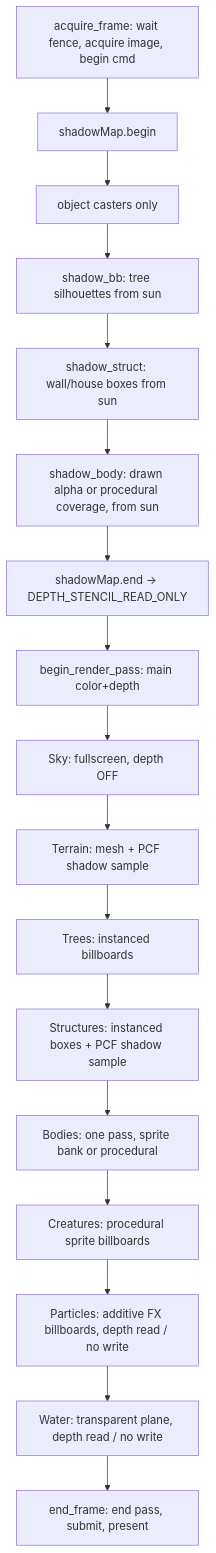
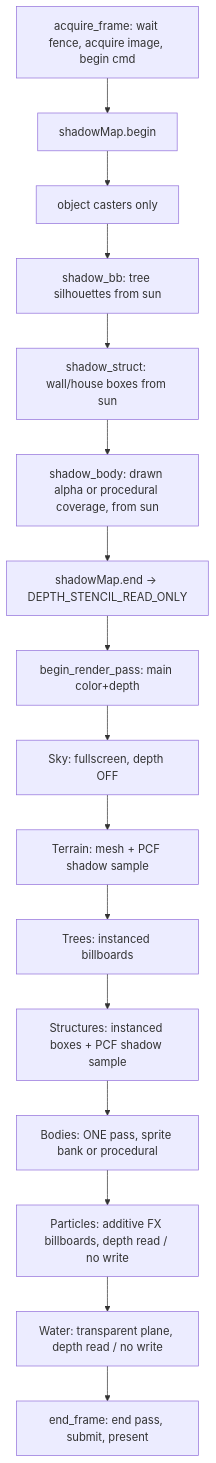
One commit to Jirnyak/Timaert changed the diagram in render.md. Above: the diagram before and after it, drawn with Mermaid. The commit also changed other lines of this file and 22 other files, not shown here.

````diff
--- a/render.md
+++ b/render.md
@@ -28,19 +28,18 @@
 ```mermaid
 flowchart TD
     A[acquire_frame: wait fence, acquire image, begin cmd] --> B[shadowMap.begin]
     B --> C[object casters only]
     C --> D[shadow_bb: tree silhouettes from sun]
     D --> Ds[shadow_struct: wall/house boxes from sun]
     Ds --> Dn[shadow_body: drawn alpha or procedural coverage, from sun]
     Dn --> E[shadowMap.end -> DEPTH_STENCIL_READ_ONLY]
     E --> F[begin_render_pass: main color+depth]
     F --> G[Sky: fullscreen, depth OFF]
     G --> H[Terrain: mesh + PCF shadow sample]
     H --> I[Trees: instanced billboards]
     I --> Is[Structures: instanced boxes + PCF shadow sample]
-    Is --> In[Bodies: one pass, sprite bank or procedural]
-    In --> Ic[Creatures: procedural sprite billboards]
-    Ic --> Ip[Particles: additive FX billboards, depth read / no write]
+    Is --> In[Bodies: ONE pass, sprite bank or procedural]
+    In --> Ip[Particles: additive FX billboards, depth read / no write]
     Ip --> J[Water: transparent plane, depth read / no write]
     J --> K[end_frame: end pass, submit, present]
 ```
````
